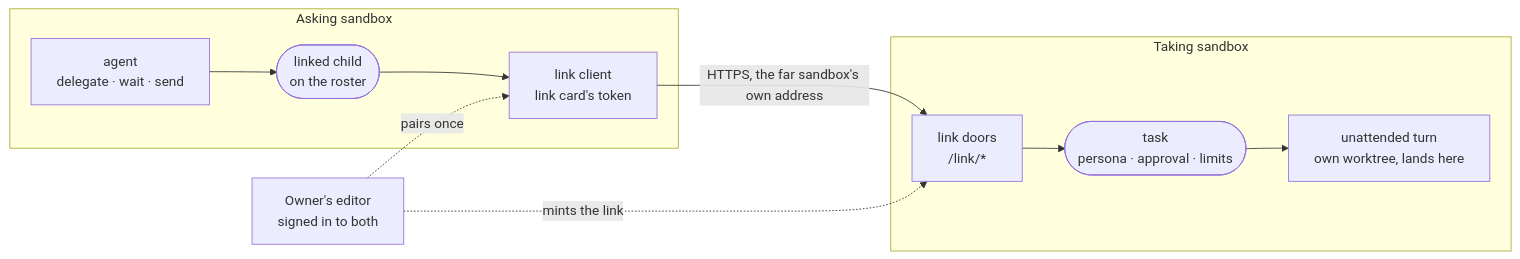
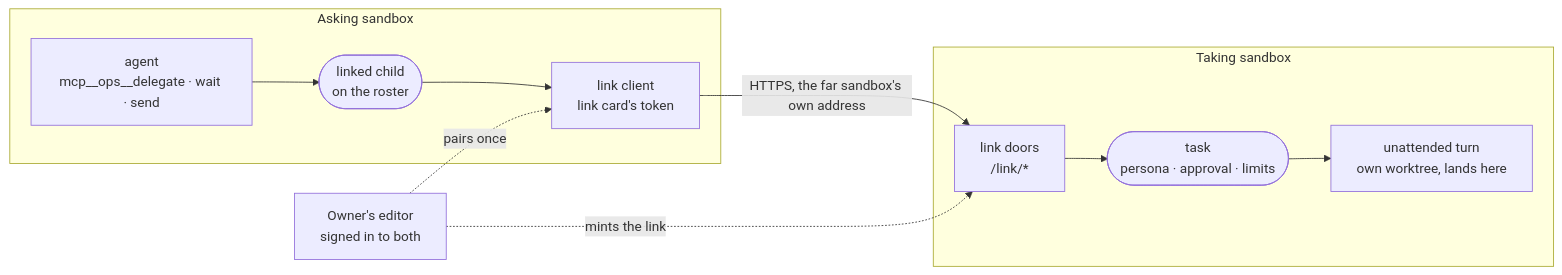
The diagram in docs/architecture/links.md (intentic/intentic), drawn with Mermaid before and after one commit. The commit also changed other lines of this file and 33 other files, not shown here.

````diff
--- a/docs/architecture/links.md
+++ b/docs/architecture/links.md
@@ -5,14 +5,14 @@
 ```mermaid
 flowchart LR
     subgraph A["Asking sandbox"]
-      agent["agent<br/>delegate · wait · send"] --> children(["linked child<br/>on the roster"])
+      agent["agent<br/>mcp__ops__delegate · wait · send"] --> children(["linked child<br/>on the roster"])
       children --> client["link client<br/>link card's token"]
     end
     subgraph B["Taking sandbox"]
       doors["link doors<br/>/link/*"] --> tasks(["task<br/>persona · approval · limits"])
       tasks --> turn["unattended turn<br/>own worktree, lands here"]
     end
     editor["Owner's editor<br/>signed in to both"] -. "pairs once" .-> client
     editor -. "mints the link" .-> doors
     client -->|"HTTPS, the far sandbox's own address"| doors
 ```
````
